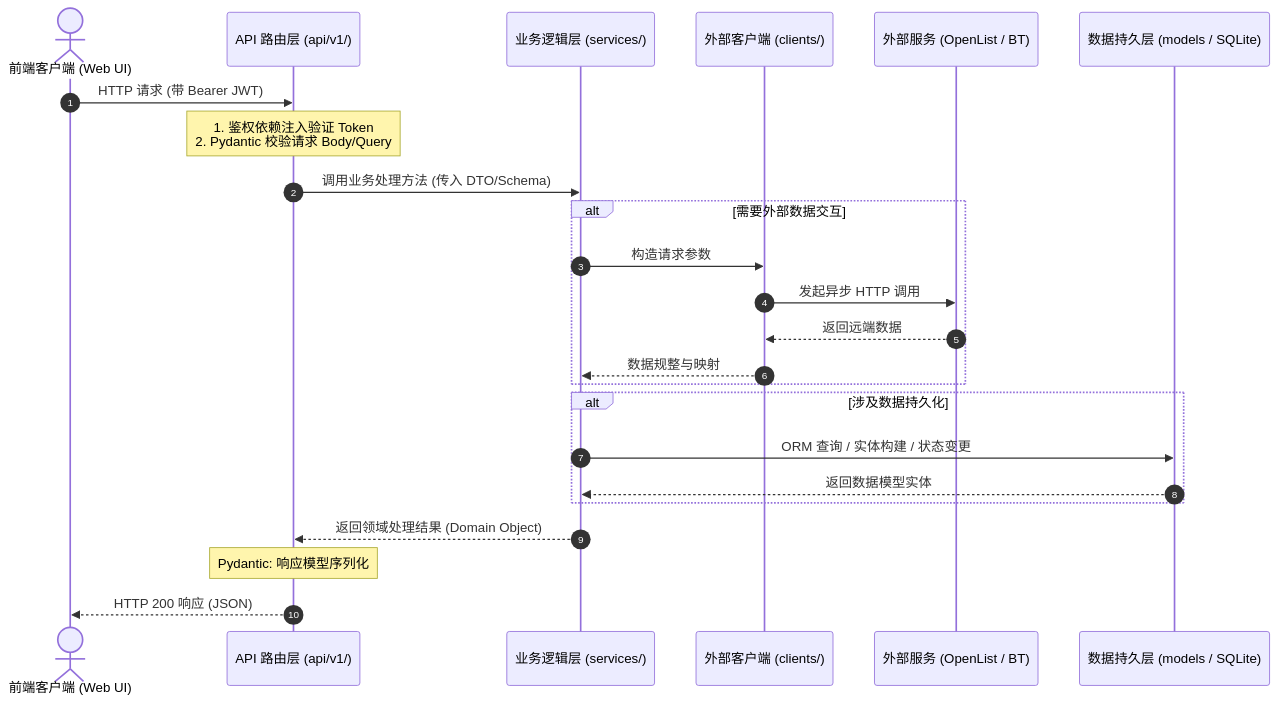
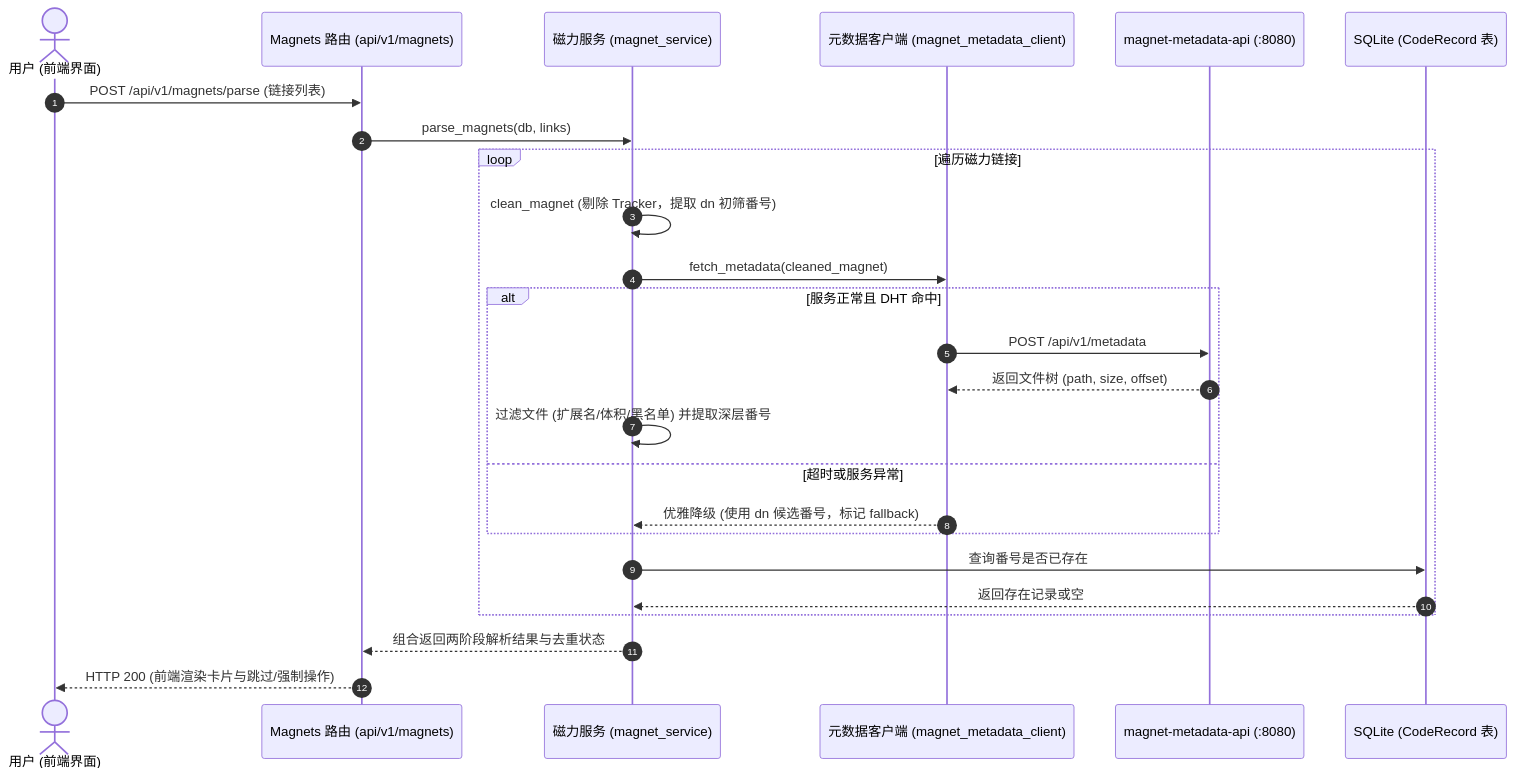
The second of 3 diagrams in docs/dev/architecture.md (TheWuSi/Kuroko), drawn with Mermaid before and after one commit. The commit also changed other lines of this file and 60 other files, not shown here.

````diff
--- a/docs/dev/architecture.md
+++ b/docs/dev/architecture.md
@@ -123,30 +99,28 @@
 ```mermaid
 sequenceDiagram
     autonumber
-    actor Client as 前端客户端 (Web UI)
-    participant API as API 路由层 (api/v1/)
-    participant Service as 业务逻辑层 (services/)
-    participant ClientExt as 外部客户端 (clients/)
-    participant ExtService as 外部服务 (OpenList / BT)
-    participant Model as 数据持久层 (models / SQLite)
+    actor User as 用户 (前端界面)
+    participant API as Magnets 路由 (api/v1/magnets)
+    participant MagSvc as 磁力服务 (magnet_service)
+    participant BTClient as 元数据客户端 (magnet_metadata_client)
+    participant BTService as magnet-metadata-api (:8080)
+    participant DB as SQLite (CodeRecord 表)
 
-    Client->>API: HTTP 请求 (带 Bearer JWT)
-    Note over API: 1. 鉴权依赖注入验证 Token<br/>2. Pydantic 校验请求 Body/Query
-    API->>Service: 调用业务处理方法 (传入 DTO/Schema)
-    
-    alt 需要外部数据交互
-        Service->>ClientExt: 构造请求参数
-        ClientExt->>ExtService: 发起异步 HTTP 调用
-        ExtService-->>ClientExt: 返回远端数据
-        ClientExt-->>Service: 数据规整与映射
+    User->>API: POST /api/v1/magnets/parse (链接列表)
+    API->>MagSvc: parse_magnets(db, links)
+    loop 遍历磁力链接
+        MagSvc->>MagSvc: clean_magnet (剔除 Tracker，提取 dn 初筛番号)
+        MagSvc->>BTClient: fetch_metadata(cleaned_magnet)
+        alt 服务正常且 DHT 命中
+            BTClient->>BTService: POST /api/v1/metadata
+            BTService-->>BTClient: 返回文件树 (path, size, offset)
+            MagSvc->>MagSvc: 过滤文件 (扩展名/体积/黑名单) 并提取深层番号
+        else 超时或服务异常
+            BTClient-->>MagSvc: 优雅降级 (使用 dn 候选番号，标记 fallback)
+        end
+        MagSvc->>DB: 查询番号是否已存在
+        DB-->>MagSvc: 返回存在记录或空
     end
-
-    alt 涉及数据持久化
-        Service->>Model: ORM 查询 / 实体构建 / 状态变更
-        Model-->>Service: 返回数据模型实体
-    end
-
-    Service-->>API: 返回领域处理结果 (Domain Object)
-    Note over API: Pydantic: 响应模型序列化
-    API-->>Client: HTTP 200 响应 (JSON)
+    MagSvc-->>API: 组合返回两阶段解析结果与去重状态
+    API-->>User: HTTP 200 (前端渲染卡片与跳过/强制操作)
 ```
````
